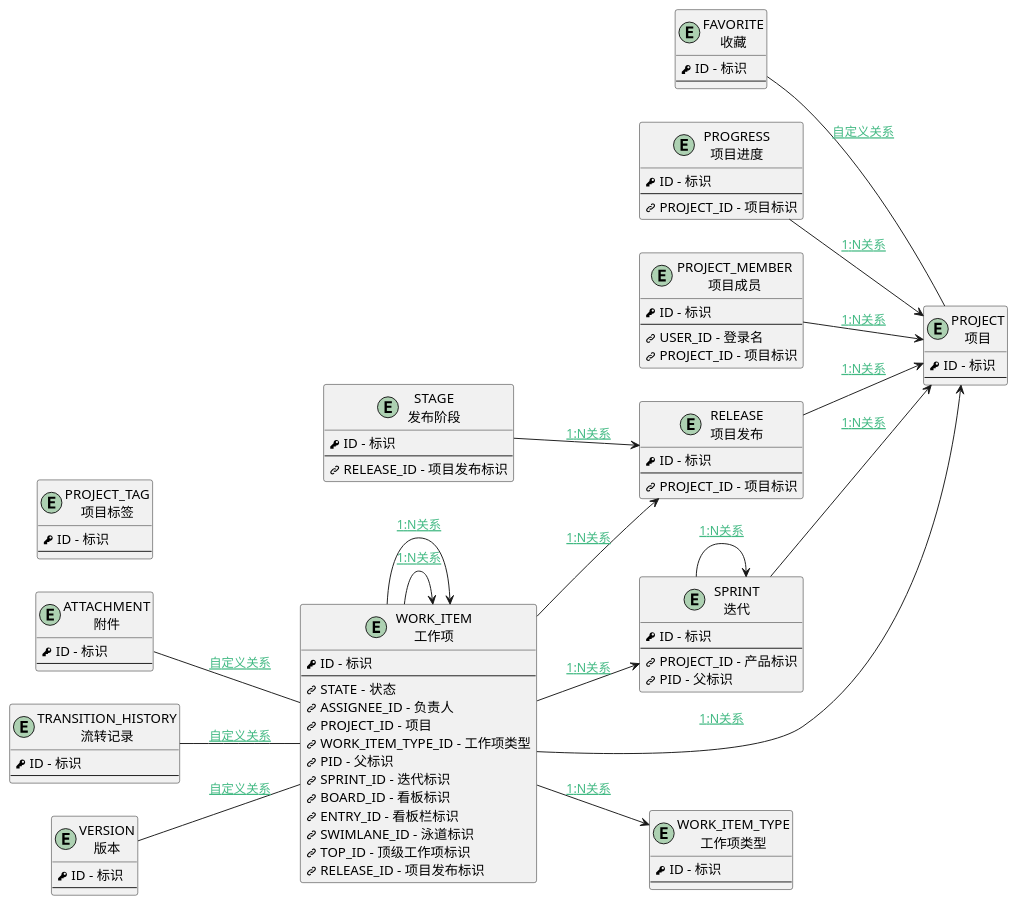
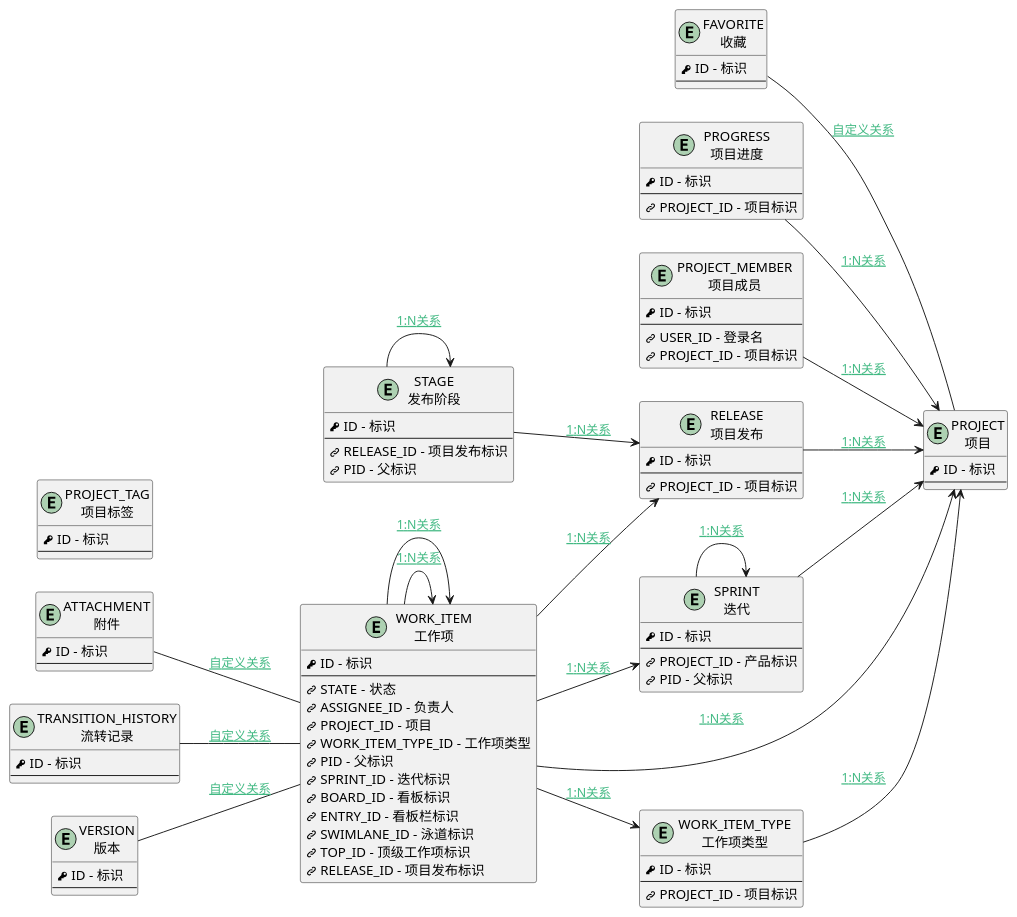
Before and after one commit to iBizLab/plm: the diagram in doc/docsify/er/projmgmt_scrum.md, drawn with PlantUML. The commit also changed 1068 other files, not shown here.

```diff
--- a/doc/docsify/er/projmgmt_scrum.md
+++ b/doc/docsify/er/projmgmt_scrum.md
@@ -52,6 +52,7 @@
         <&key> ID - 标识
         --
         <&link-intact> RELEASE_ID - 项目发布标识
+        <&link-intact> PID - 父标识
 }
 entity "TRANSITION_HISTORY\n流转记录" as TRANSITION_HISTORY [[$../module/ProjMgmt/transition_history {流转记录}]] {
         <&key> ID - 标识
@@ -79,6 +80,7 @@
 entity "WORK_ITEM_TYPE\n工作项类型" as WORK_ITEM_TYPE [[$../module/ProjMgmt/work_item_type {工作项类型}]] {
         <&key> ID - 标识
         --
+        <&link-intact> PROJECT_ID - 项目标识
 }
 
 PROGRESS--> PROJECT : [[$../der/DER1N_PROGRESS_PROJECT_PROJECT_ID{DER1N_PROGRESS_PROJECT_PROJECT_ID} 1:N关系]]
@@ -86,11 +88,13 @@
 RELEASE--> PROJECT : [[$../der/DER1N_RELEASE_PROJECT_PROJECT_ID{DER1N_RELEASE_PROJECT_PROJECT_ID} 1:N关系]]
 SPRINT--> PROJECT : [[$../der/DER1N_SPRINT_PROJECT_PROJECT_ID{DER1N_SPRINT_PROJECT_PROJECT_ID} 1:N关系]]
 WORK_ITEM--> PROJECT : [[$../der/DER1N_WORK_ITEM_PROJECT_PROJECT_ID{DER1N_WORK_ITEM_PROJECT_PROJECT_ID} 1:N关系]]
+WORK_ITEM_TYPE--> PROJECT : [[$../der/DER1N_WORK_ITEM_TYPE_PROJECT_PROJECT_ID{DER1N_WORK_ITEM_TYPE_PROJECT_PROJECT_ID} 1:N关系]]
 FAVORITE-- PROJECT : [[$../der/DERCCUSTOM_FAVORITE_PROJECT{DERCCUSTOM_FAVORITE_PROJECT} 自定义关系]]
 STAGE--> RELEASE : [[$../der/DER1N_STAGE_RELEASE_RELEASE_ID{DER1N_STAGE_RELEASE_RELEASE_ID} 1:N关系]]
 WORK_ITEM--> RELEASE : [[$../der/DER1N_WORK_ITEM_RELEASE_RELEASE_ID{DER1N_WORK_ITEM_RELEASE_RELEASE_ID} 1:N关系]]
 SPRINT--> SPRINT : [[$../der/DER1N_SPRINT_SPRINT_PID{DER1N_SPRINT_SPRINT_PID} 1:N关系]]
 WORK_ITEM--> SPRINT : [[$../der/DER1N_WORK_ITEM_SPRINT_SPRINT_ID{DER1N_WORK_ITEM_SPRINT_SPRINT_ID} 1:N关系]]
+STAGE--> STAGE : [[$../der/DER1N_STAGE_STAGE_PID{DER1N_STAGE_STAGE_PID} 1:N关系]]
 WORK_ITEM--> WORK_ITEM : [[$../der/DER1N_WORK_ITEM_WORK_ITEM_PID{DER1N_WORK_ITEM_WORK_ITEM_PID} 1:N关系]]
 WORK_ITEM--> WORK_ITEM : [[$../der/DER1N_WORK_ITEM_WORK_ITEM_TOP_ID{DER1N_WORK_ITEM_WORK_ITEM_TOP_ID} 1:N关系]]
 TRANSITION_HISTORY-- WORK_ITEM : [[$../der/DERCUSTOM_TRANSITION_HISTORY_WORK_ITEM{DERCUSTOM_TRANSITION_HISTORY_WORK_ITEM} 自定义关系]]
```
